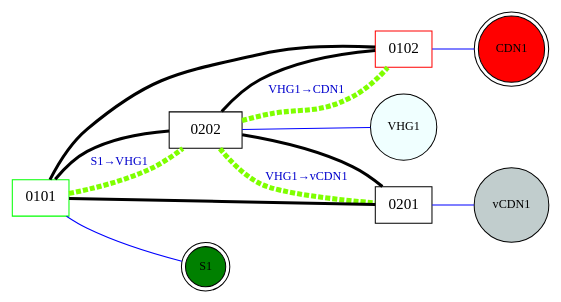
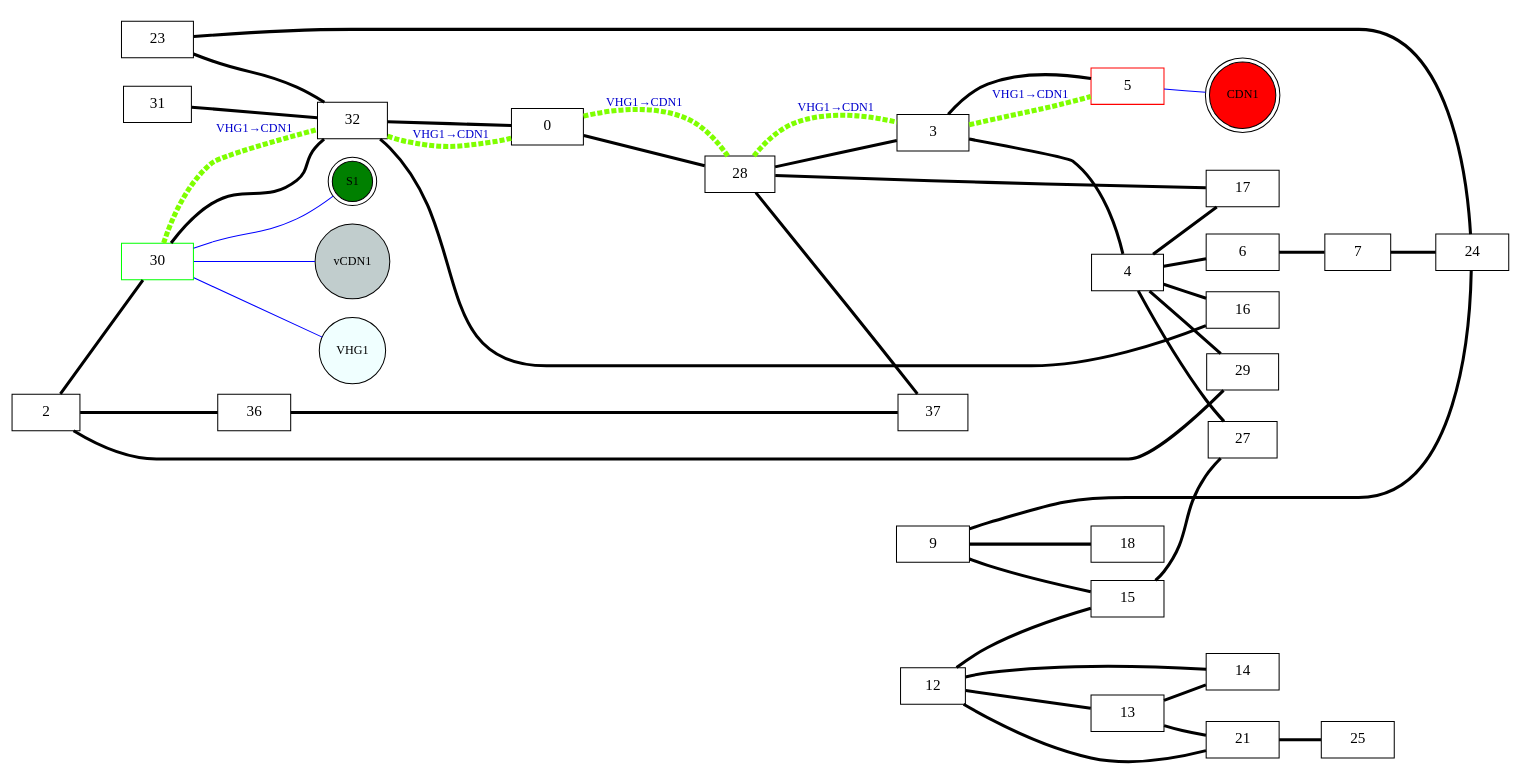
The diagram in src/substrate.dot (nherbaut/vCDN), drawn with Graphviz before and after one commit. The commit also changed 2 other files, not shown here.

```diff
--- a/src/substrate.dot
+++ b/src/substrate.dot
@@ -1,33 +1,87 @@
 graph{rankdir=LR;overlap = voronoi;splines = true;
 
 
 
  subgraph{
 
 
-0202 [shape=box,color=black,width=1.000000,fontsize=15,pos="2,2"];
-0201 [shape=box,color=black,width=0.666667,fontsize=15,pos="2,1"];
-0101 [shape=box,color=green1,width=0.000000,fontsize=15,pos="1,1"];
-0102 [shape=box,color=red1,width=0.000000,fontsize=15,pos="1,2"];
-0101--0102 [  penwidth="3", fontsize=15,len=2];
- 0101--0201 [  penwidth="3", fontsize=15,len=2];
- 0101--0202 [  penwidth="3", fontsize=15,len=2];
- 0102--0202 [  penwidth="3", fontsize=15,len=2];
- 0201--0202 [  penwidth="3", fontsize=15,len=2];
- 0101--S1[color=blue,len=1.5];
+24 [shape=box,style=filled,fillcolor=white,color=black,width=1.000000,fontsize=15,pos="24,24"];
+25 [shape=box,style=filled,fillcolor=white,color=black,width=1.000000,fontsize=15,pos="25,25"];
+27 [shape=box,style=filled,fillcolor=white,color=black,width=0.947169,fontsize=15,pos="27,27"];
+21 [shape=box,style=filled,fillcolor=white,color=black,width=1.000000,fontsize=15,pos="21,21"];
+23 [shape=box,style=filled,fillcolor=white,color=black,width=0.985216,fontsize=15,pos="23,23"];
+28 [shape=box,style=filled,fillcolor=white,color=black,width=0.961717,fontsize=15,pos="28,28"];
+29 [shape=box,style=filled,fillcolor=white,color=black,width=0.987760,fontsize=15,pos="29,29"];
+0 [shape=box,style=filled,fillcolor=white,color=black,width=0.989052,fontsize=15,pos="0,0"];
+3 [shape=box,style=filled,fillcolor=white,color=black,width=0.991684,fontsize=15,pos="3,3"];
+2 [shape=box,style=filled,fillcolor=white,color=black,width=0.937406,fontsize=15,pos="2,2"];
+5 [shape=box,style=filled,fillcolor=white,color=red1,width=1.000000,fontsize=15,pos="5,5"];
+4 [shape=box,style=filled,fillcolor=white,color=black,width=0.980422,fontsize=15,pos="4,4"];
+7 [shape=box,style=filled,fillcolor=white,color=black,width=0.903630,fontsize=15,pos="7,7"];
+6 [shape=box,style=filled,fillcolor=white,color=black,width=1.000000,fontsize=15,pos="6,6"];
+9 [shape=box,style=filled,fillcolor=white,color=black,width=1.000000,fontsize=15,pos="9,9"];
+13 [shape=box,style=filled,fillcolor=white,color=black,width=1.000000,fontsize=15,pos="13,13"];
+12 [shape=box,style=filled,fillcolor=white,color=black,width=0.891704,fontsize=15,pos="12,12"];
+15 [shape=box,style=filled,fillcolor=white,color=black,width=1.000000,fontsize=15,pos="15,15"];
+14 [shape=box,style=filled,fillcolor=white,color=black,width=1.000000,fontsize=15,pos="14,14"];
+17 [shape=box,style=filled,fillcolor=white,color=black,width=1.000000,fontsize=15,pos="17,17"];
+16 [shape=box,style=filled,fillcolor=white,color=black,width=1.000000,fontsize=15,pos="16,16"];
+18 [shape=box,style=filled,fillcolor=white,color=black,width=0.994703,fontsize=15,pos="18,18"];
+31 [shape=box,style=filled,fillcolor=white,color=black,width=0.930375,fontsize=15,pos="31,31"];
+30 [shape=box,style=filled,fillcolor=white,color=green1,width=0.992964,fontsize=15,pos="30,30"];
+37 [shape=box,style=filled,fillcolor=white,color=black,width=0.955977,fontsize=15,pos="37,37"];
+36 [shape=box,style=filled,fillcolor=white,color=black,width=1.000000,fontsize=15,pos="36,36"];
+32 [shape=box,style=filled,fillcolor=white,color=black,width=0.956333,fontsize=15,pos="32,32"];
+0--28 [penwidth="3",fontsize=15,len=2,label=" "];
+ 0--32 [penwidth="3",fontsize=15,len=2,label=" "];
+ 12--13 [penwidth="3",fontsize=15,len=2,label=" "];
+ 12--14 [penwidth="3",fontsize=15,len=2,label=" "];
+ 12--15 [penwidth="3",fontsize=15,len=2,label=" "];
+ 12--21 [penwidth="3",fontsize=15,len=2,label=" "];
+ 13--14 [penwidth="3",fontsize=15,len=2,label=" "];
+ 13--21 [penwidth="3",fontsize=15,len=2,label=" "];
+ 15--27 [penwidth="3",fontsize=15,len=2,label=" "];
+ 16--32 [penwidth="3",fontsize=15,len=2,label=" "];
+ 17--28 [penwidth="3",fontsize=15,len=2,label=" "];
+ 21--25 [penwidth="3",fontsize=15,len=2,label=" "];
+ 2--29 [penwidth="3",fontsize=15,len=2,label=" "];
+ 2--30 [penwidth="3",fontsize=15,len=2,label=" "];
+ 23--24 [penwidth="3",fontsize=15,len=2,label=" "];
+ 23--32 [penwidth="3",fontsize=15,len=2,label=" "];
+ 2--36 [penwidth="3",fontsize=15,len=2,label=" "];
+ 28--37 [penwidth="3",fontsize=15,len=2,label=" "];
+ 30--32 [penwidth="3",fontsize=15,len=2,label=" "];
+ 31--32 [penwidth="3",fontsize=15,len=2,label=" "];
+ 3--28 [penwidth="3",fontsize=15,len=2,label=" "];
+ 3--4 [penwidth="3",fontsize=15,len=2,label=" "];
+ 3--5 [penwidth="3",fontsize=15,len=2,label=" "];
+ 36--37 [penwidth="3",fontsize=15,len=2,label=" "];
+ 4--16 [penwidth="3",fontsize=15,len=2,label=" "];
+ 4--17 [penwidth="3",fontsize=15,len=2,label=" "];
+ 4--27 [penwidth="3",fontsize=15,len=2,label=" "];
+ 4--29 [penwidth="3",fontsize=15,len=2,label=" "];
+ 4--6 [penwidth="3",fontsize=15,len=2,label=" "];
+ 6--7 [penwidth="3",fontsize=15,len=2,label=" "];
+ 7--24 [penwidth="3",fontsize=15,len=2,label=" "];
+ 9--15 [penwidth="3",fontsize=15,len=2,label=" "];
+ 9--18 [penwidth="3",fontsize=15,len=2,label=" "];
+ 9--24 [penwidth="3",fontsize=15,len=2,label=" "];
+ 30--S1[color=blue,len=1.5,label=" "];
 S1[shape=doublecircle,fillcolor=green,style=filled,fontsize=12];
-0102--CDN1[color=blue,len=1.5];
+30--vCDN1[color=blue,len=1.5,label=" "];
+vCDN1[shape=circle,fillcolor=azure3,style=filled,fontsize=12];
+30--VHG1[color=blue,len=1.5,label=" "];
+VHG1[shape=circle,fillcolor=azure1,style=filled,fontsize=12];
+5--CDN1[color=blue,len=1.5,label=" "];
 CDN1[shape=doublecircle,fillcolor=red,style=filled,fontsize=12];
-0201--vCDN1[color=blue,len=1.5];
-vCDN1[shape=circle,fillcolor=azure3,style=filled,fontsize=12];
-0202--VHG1[color=blue,len=1.5];
-VHG1[shape=circle,fillcolor=azure1,style=filled,fontsize=12];
 }
 subgraph{
  edge[color=chartreuse,weight=0];
-0101--0202 [ style=dashed,label="S1&#8594;VHG1",fontcolor=blue3 ,fontsize=12,penwidth=5];
- 0202--0102 [ style=dashed,label="VHG1&#8594;CDN1",fontcolor=blue3 ,fontsize=12,penwidth=5];
- 0202--0201 [ style=dashed,label="VHG1&#8594;vCDN1",fontcolor=blue3 ,fontsize=12,penwidth=5];
+0--28 [ style=dashed,label="VHG1&#8594;CDN1",fontcolor=blue3 ,fontsize=12,penwidth=5];
+ 28--3 [ style=dashed,label="VHG1&#8594;CDN1",fontcolor=blue3 ,fontsize=12,penwidth=5];
+ 30--32 [ style=dashed,label="VHG1&#8594;CDN1",fontcolor=blue3 ,fontsize=12,penwidth=5];
+ 3--5 [ style=dashed,label="VHG1&#8594;CDN1",fontcolor=blue3 ,fontsize=12,penwidth=5];
+ 32--0 [ style=dashed,label="VHG1&#8594;CDN1",fontcolor=blue3 ,fontsize=12,penwidth=5];
  }
 
 }
```
